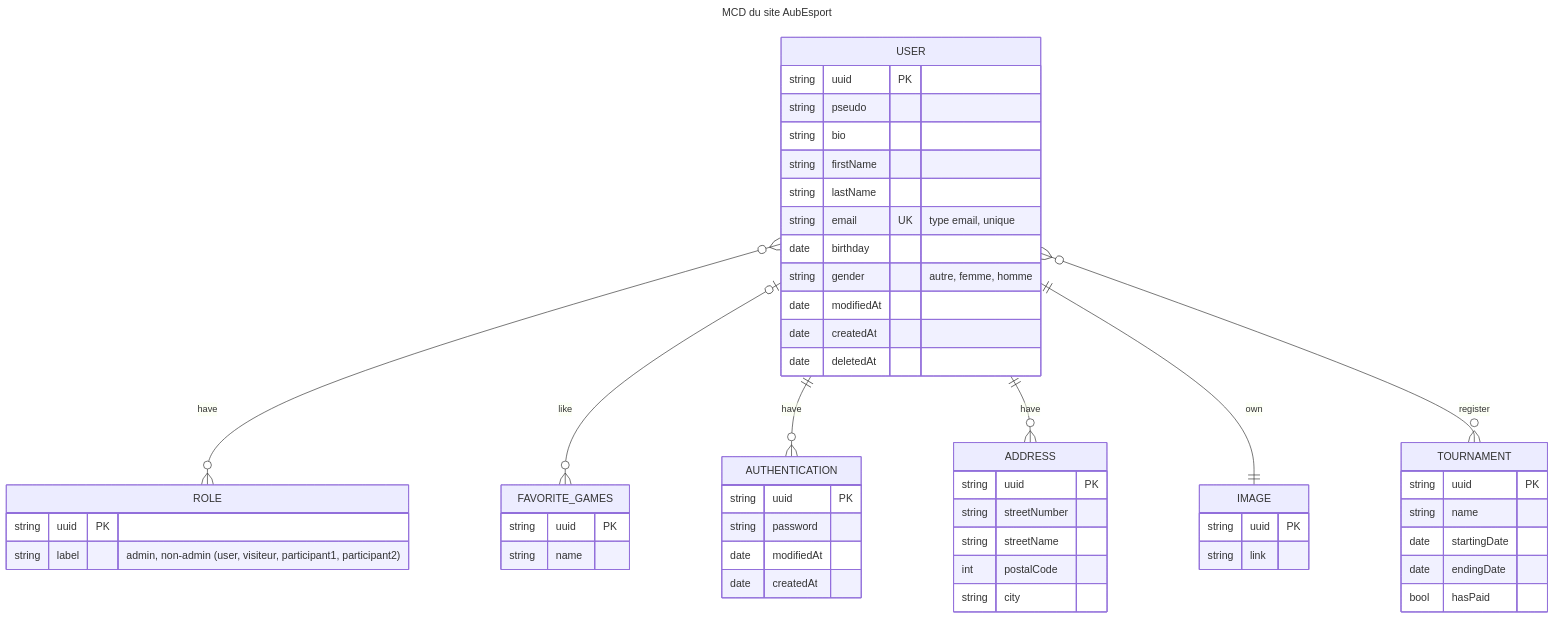
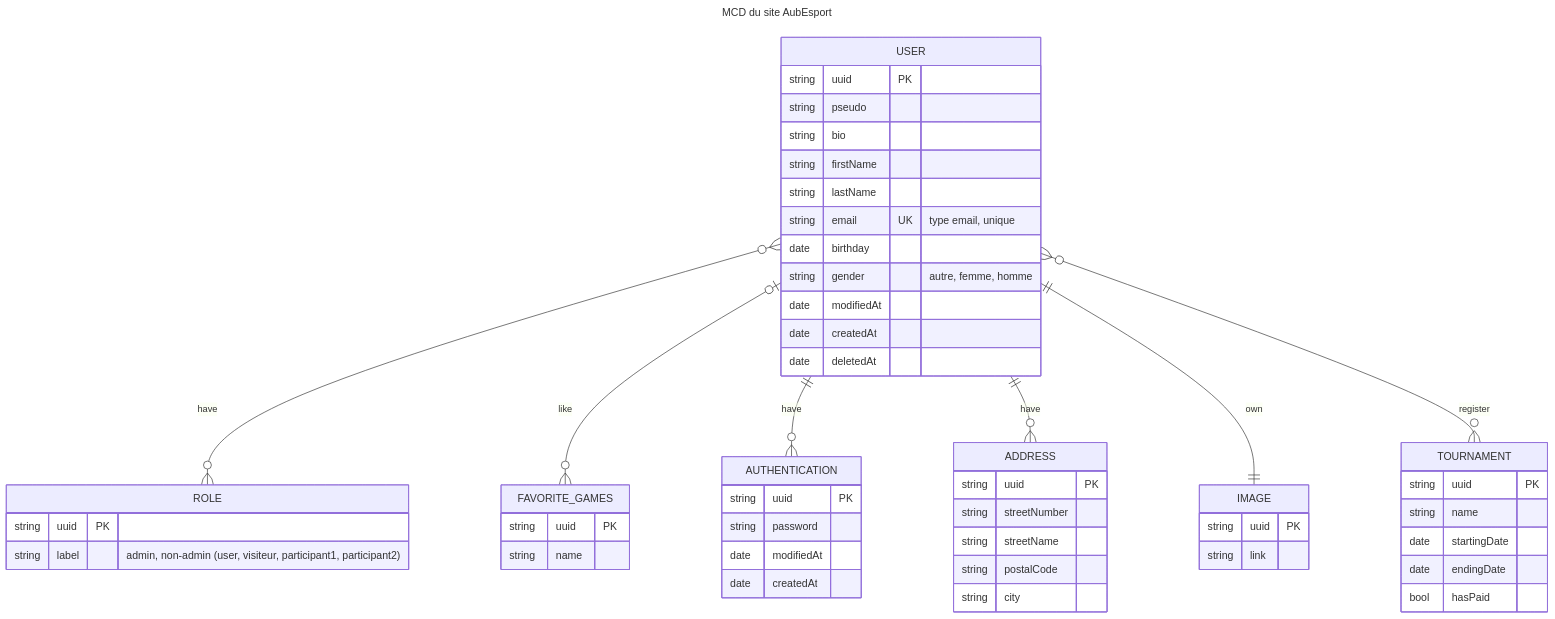
The diagram in MCD.md (HueKhuc/Aubesport), drawn with Mermaid before and after one commit. The commit also changed 6 other files, not shown here.

````diff
--- a/MCD.md
+++ b/MCD.md
@@ -1,67 +1,67 @@
 ```mermaid
 ---
 title: MCD du site AubEsport
 ---
 erDiagram
     USER {
         string uuid PK
         string pseudo
         string bio
         string firstName
         string lastName
         string email UK "type email, unique"
         date birthday
         string gender "autre, femme, homme"
         date modifiedAt
         date createdAt
         date deletedAt
     }
 
     USER }o--o{ ROLE : have
     ROLE {
         string uuid PK
         string label "admin, non-admin (user, visiteur, participant1, participant2)"
     }
 
 
     USER |o--o{ FAVORITE_GAMES : like
     FAVORITE_GAMES {
         string uuid PK
         string name
     }
     
     USER ||--o{ AUTHENTICATION : have
     AUTHENTICATION {
         string uuid PK
         string password
         date modifiedAt
         date createdAt
     }
 
     USER ||--o{ ADDRESS : have
     
     ADDRESS {
         string uuid PK
         string streetNumber
         string streetName
-        int postalCode
+        string postalCode
         string city
     }
 
     USER ||--|| IMAGE : own
     IMAGE {
         string uuid PK
         string link
     }
 
 
     USER }o--o{ TOURNAMENT : register
     TOURNAMENT {
         string uuid PK
         string name
         date startingDate
         date endingDate
         bool hasPaid   
     }
 
 ```
````
